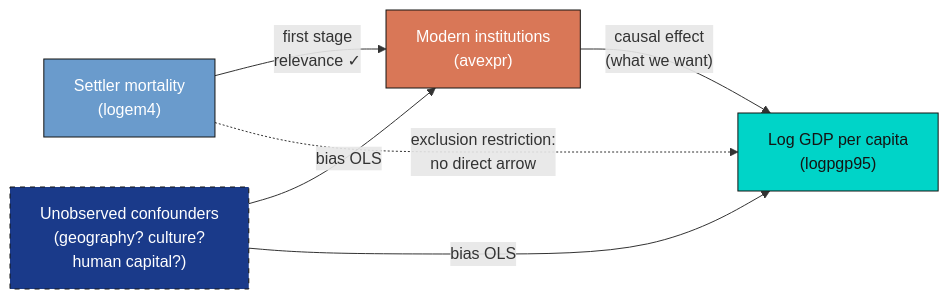
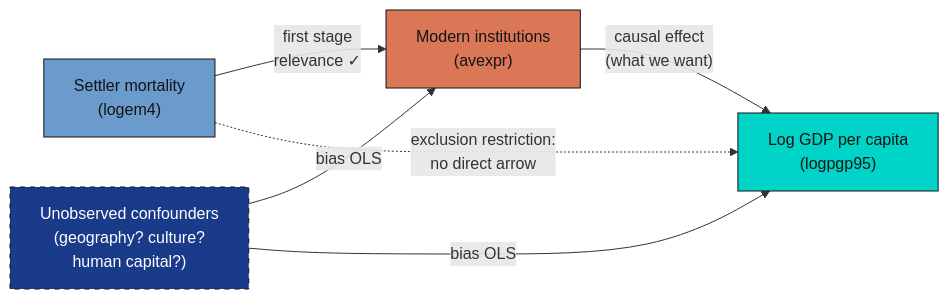
Before and after one commit to cmg777/starter-academic-v501: the diagram in content/post/python_iv/index.md, drawn with Mermaid. The commit also changed 67 other files, not shown here.

First line of the commit message:
fix(mermaid): readable diagram text in both themes across the site

````diff
--- a/content/post/python_iv/index.md
+++ b/content/post/python_iv/index.md
@@ -81,18 +81,18 @@
 ```mermaid
 flowchart LR
     Z["Settler mortality<br/>(logem4)"]
     X["Modern institutions<br/>(avexpr)"]
     Y["Log GDP per capita<br/>(logpgp95)"]
     U["Unobserved confounders<br/>(geography? culture?<br/>human capital?)"]
 
     Z -->|"first stage<br/>relevance ✓"| X
     X -->|"causal effect<br/>(what we want)"| Y
     U -->|"bias OLS"| X
     U -->|"bias OLS"| Y
     Z -.->|"exclusion restriction:<br/>no direct arrow"| Y
 
-    style Z fill:#6a9bcc,stroke:#141413,color:#fff
-    style X fill:#d97757,stroke:#141413,color:#fff
+    style Z fill:#6a9bcc,stroke:#141413,color:#141413
+    style X fill:#d97757,stroke:#141413,color:#141413
     style Y fill:#00d4c8,stroke:#141413,color:#141413
     style U fill:#1a3a8a,stroke:#141413,color:#fff,stroke-dasharray: 5 5
 ```
````
